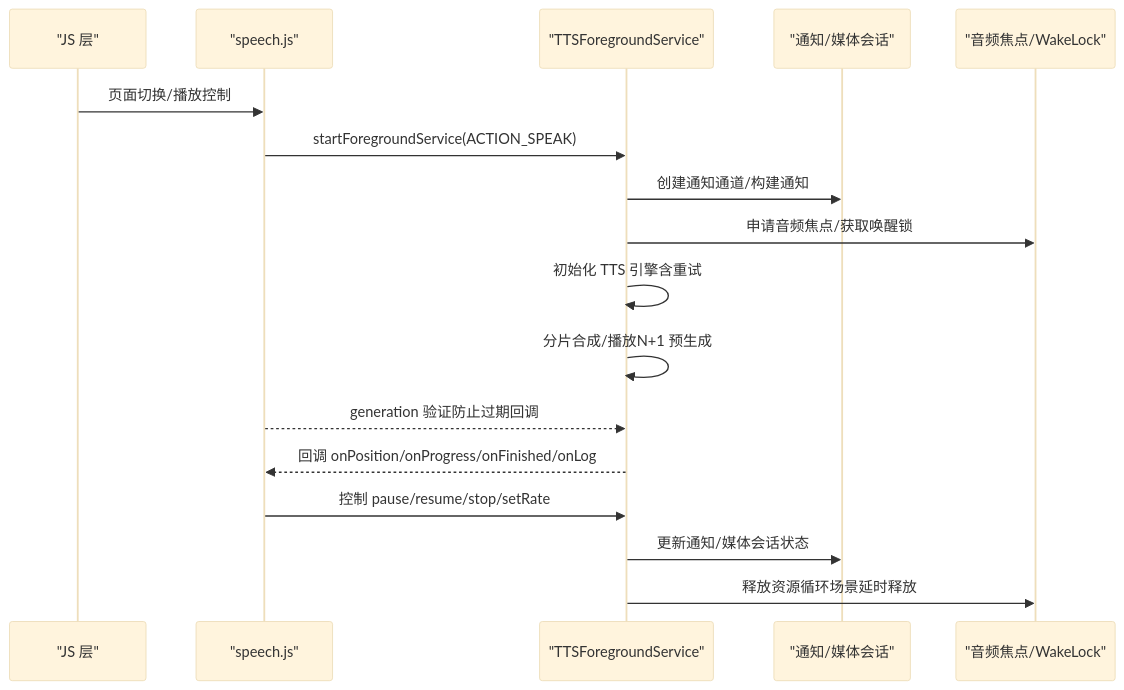
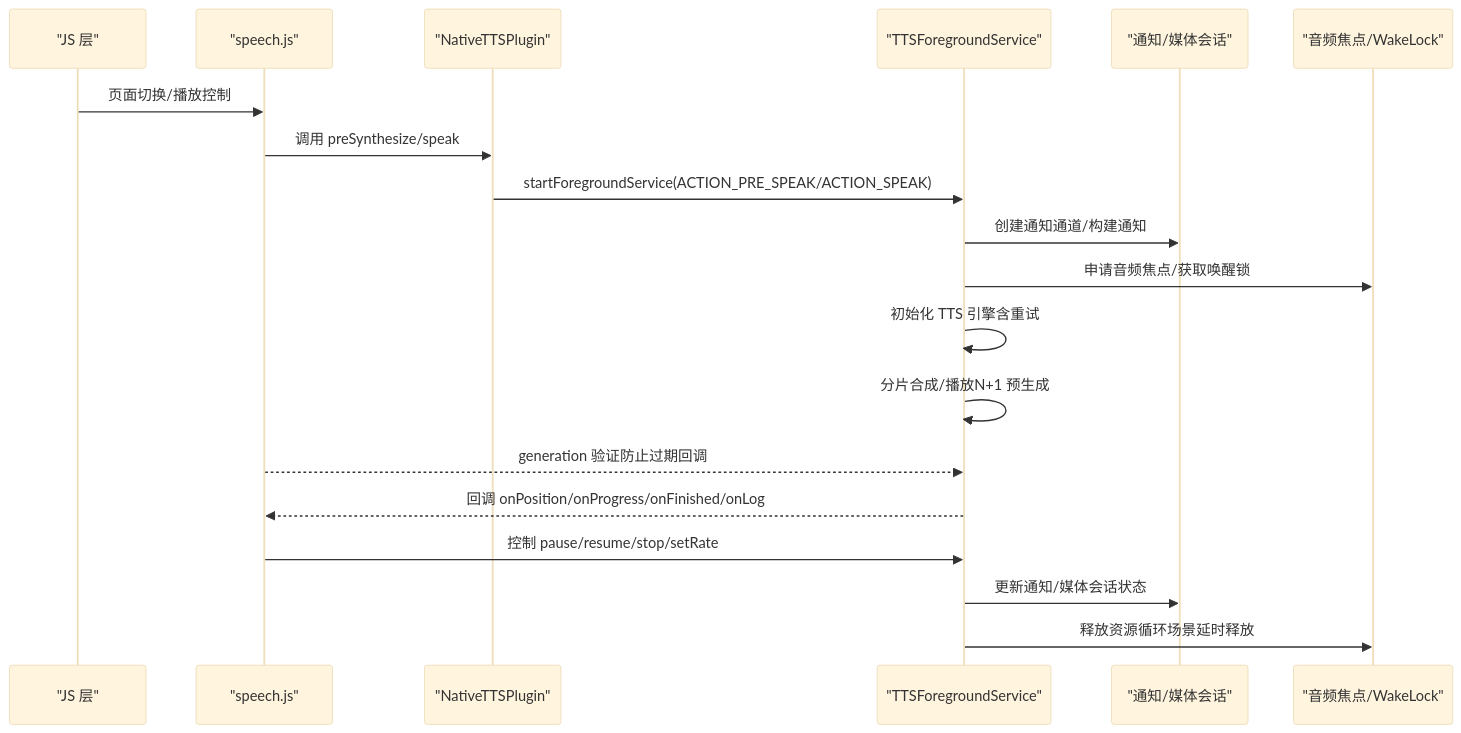
Before and after one commit to zhao-zg/cx: the second of 5 diagrams in .qoder/repowiki/zh/content/移动应用开发/服务管理.md, drawn with Mermaid (base theme). The commit also changed other lines of this file and 30 other files, not shown here.

````diff
--- a/.qoder/repowiki/zh/content/移动应用开发/服务管理.md
+++ b/.qoder/repowiki/zh/content/移动应用开发/服务管理.md
@@ -89,19 +97,21 @@
 ```mermaid
 sequenceDiagram
 participant JS as "JS 层"
 participant SP as "speech.js"
+participant NTP as "NativeTTSPlugin"
 participant SVC as "TTSForegroundService"
 participant NM as "通知/媒体会话"
 participant AM as "音频焦点/WakeLock"
 JS->>SP : 页面切换/播放控制
-SP->>SVC : startForegroundService(ACTION_SPEAK)
+SP->>NTP : 调用 preSynthesize/speak
+NTP->>SVC : startForegroundService(ACTION_PRE_SPEAK/ACTION_SPEAK)
 SVC->>NM : 创建通知通道/构建通知
 SVC->>AM : 申请音频焦点/获取唤醒锁
 SVC->>SVC : 初始化 TTS 引擎含重试
 SVC->>SVC : 分片合成/播放N+1 预生成
 SP-->>SVC : generation 验证防止过期回调
 SVC-->>SP : 回调 onPosition/onProgress/onFinished/onLog
 SP->>SVC : 控制 pause/resume/stop/setRate
 SVC->>NM : 更新通知/媒体会话状态
 SVC->>AM : 释放资源循环场景延时释放
 ```
````
